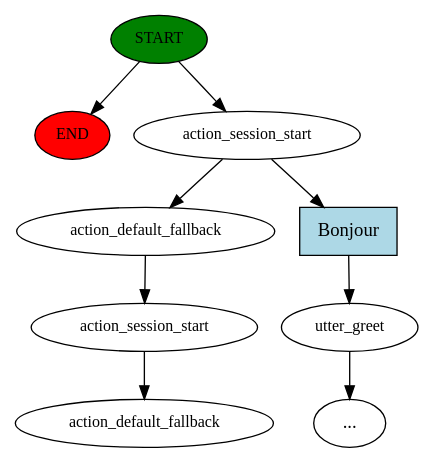
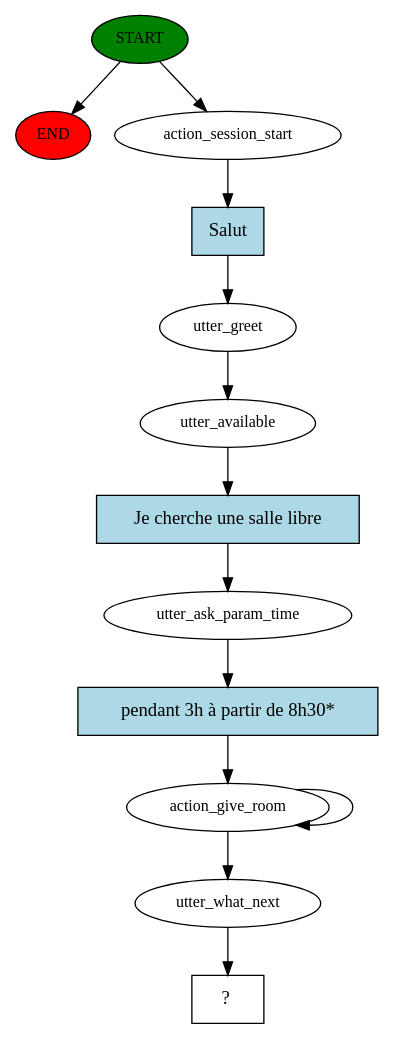
One commit to AdelChabli/RasaProject changed the diagram in story_graph.dot. Above: the diagram before and after it, drawn with Graphviz. The commit also changed 17 other files, not shown here.

```diff
--- a/story_graph.dot
+++ b/story_graph.dot
@@ -1,19 +1,26 @@
 digraph  {
 0 [class="start active", fillcolor=green, fontsize=12, label=START, style=filled];
 "-1" [class=end, fillcolor=red, fontsize=12, label=END, style=filled];
 1 [class=active, fontsize=12, label=action_session_start];
-2 [class="", fontsize=12, label=utter_greet];
-"-3" [class=ellipsis, label="..."];
-4 [class=active, fontsize=12, label=action_default_fallback];
-5 [class=active, fontsize=12, label=action_session_start];
-6 [class="dashed active", fontsize=12, label=action_default_fallback];
-7 [class=intent, fillcolor=lightblue, label=Bonjour, shape=rect, style=filled];
+2 [class=active, fontsize=12, label=utter_greet];
+3 [class=active, fontsize=12, label=utter_available];
+4 [class=active, fontsize=12, label=utter_ask_param_time];
+5 [class=active, fontsize=12, label=action_give_room];
+8 [class=active, fontsize=12, label=utter_what_next];
+9 [class="intent dashed active", label="  ?  ", shape=rect];
+10 [class="intent active", fillcolor=lightblue, label=Salut, shape=rect, style=filled];
+11 [class="intent active", fillcolor=lightblue, label="Je cherche une salle libre", shape=rect, style=filled];
+12 [class="intent active", fillcolor=lightblue, label="pendant 3h à partir de 8h30*", shape=rect, style=filled];
 0 -> "-1"  [class="", key=NONE, label=""];
 0 -> 1  [class=active, key=NONE, label=""];
-1 -> 4  [class=active, key=NONE, label=""];
-1 -> 7  [class="", key=0];
-2 -> "-3"  [class="", key=NONE, label=""];
-4 -> 5  [class=active, key=NONE, label=""];
-5 -> 6  [class=active, key=NONE, label=""];
-7 -> 2  [class="", key=0];
+1 -> 10  [class=active, key=0];
+2 -> 3  [class=active, key=NONE, label=""];
+3 -> 11  [class=active, key=0];
+4 -> 12  [class=active, key=0];
+5 -> 5  [class=active, key=NONE, label=""];
+5 -> 8  [class=active, key=NONE, label=""];
+8 -> 9  [class=active, key=NONE, label=""];
+10 -> 2  [class=active, key=0];
+11 -> 4  [class=active, key=0];
+12 -> 5  [class=active, key=0];
 }
```
